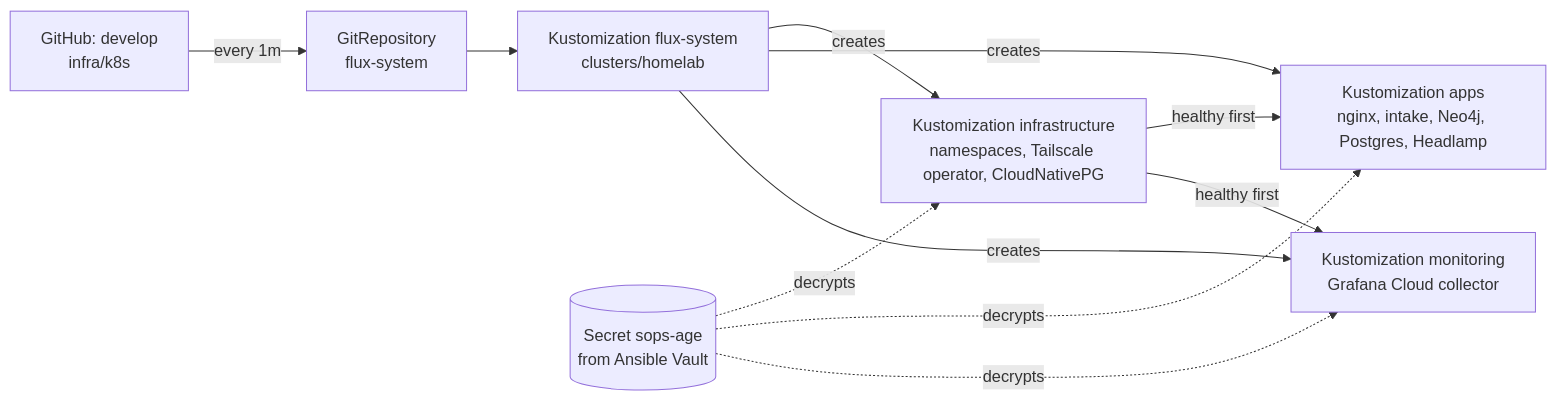
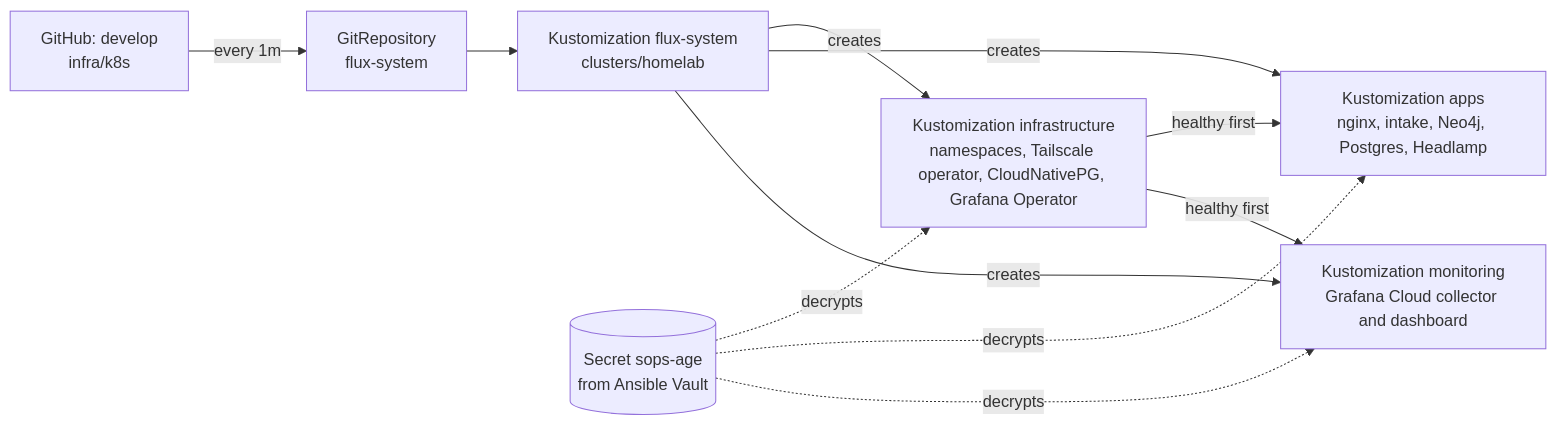
One commit to cbu-capstone-design-27/ember changed the diagram in infra/docs/flux.md. Above: the diagram before and after it, drawn with Mermaid. The commit also changed other lines of this file and 15 other files, not shown here.

First line of the commit message:
EMBER-91: Keep the Ember dashboard on Grafana Cloud with the Grafana Operator

````diff
--- a/infra/docs/flux.md
+++ b/infra/docs/flux.md
@@ -58,13 +60,13 @@
 ```mermaid
 flowchart LR
   gh["GitHub: develop<br/>infra/k8s"] -->|every 1m| src["GitRepository<br/>flux-system"]
   src --> fs["Kustomization flux-system<br/>clusters/homelab"]
-  fs -->|creates| infra["Kustomization infrastructure<br/>namespaces, Tailscale operator, CloudNativePG"]
+  fs -->|creates| infra["Kustomization infrastructure<br/>namespaces, Tailscale operator, CloudNativePG, Grafana Operator"]
   fs -->|creates| apps["Kustomization apps<br/>nginx, intake, Neo4j, Postgres, Headlamp"]
-  fs -->|creates| mon["Kustomization monitoring<br/>Grafana Cloud collector"]
+  fs -->|creates| mon["Kustomization monitoring<br/>Grafana Cloud collector and dashboard"]
   infra -->|healthy first| apps
   infra -->|healthy first| mon
   key[("Secret sops-age<br/>from Ansible Vault")] -.decrypts.-> infra
   key -.decrypts.-> apps
   key -.decrypts.-> mon
 ```
````
